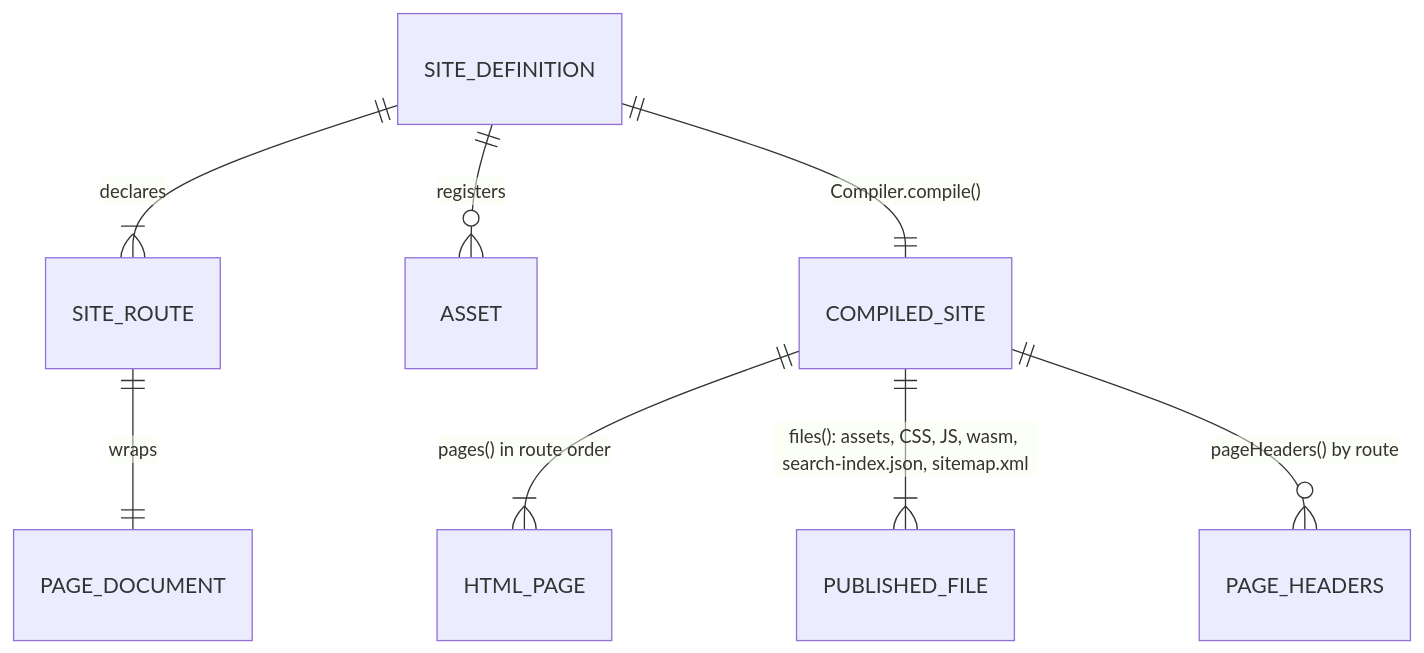
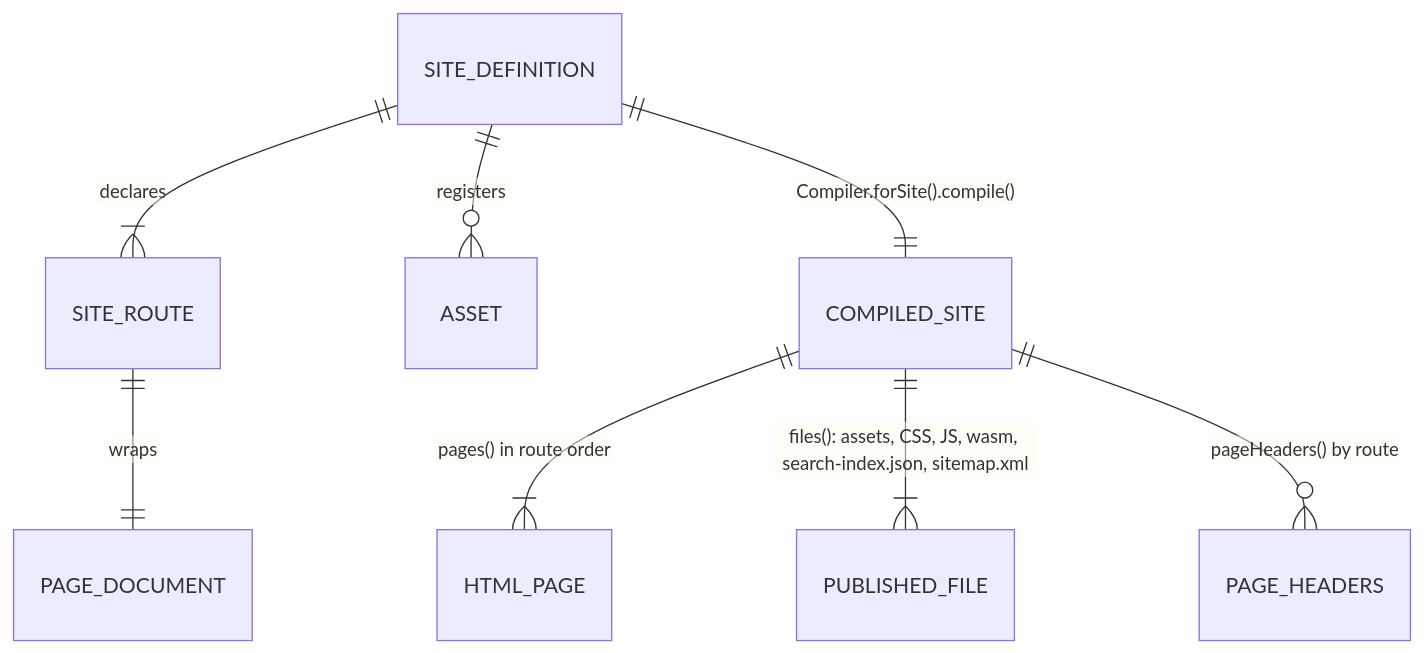
Before and after one commit to thiagogcm/tessera: the diagram in docs/sites.md, drawn with Mermaid. The commit also changed other lines of this file and 94 other files, not shown here.

````diff
--- a/docs/sites.md
+++ b/docs/sites.md
@@ -64,12 +61,12 @@
 ```mermaid
 erDiagram
     accTitle: Site inputs and compiled artifacts
     accDescr: SiteDefinition combines routes and assets into CompiledSite, which produces HTML pages, shared CSS, generated files, and per-route response headers.
     SITE_DEFINITION ||--|{ SITE_ROUTE : declares
     SITE_DEFINITION ||--o{ ASSET : registers
     SITE_ROUTE ||--|| PAGE_DOCUMENT : wraps
-    SITE_DEFINITION ||--|| COMPILED_SITE : "Compiler.compile()"
+    SITE_DEFINITION ||--|| COMPILED_SITE : "Compiler.forSite().compile()"
     COMPILED_SITE ||--|{ HTML_PAGE : "pages() in route order"
     COMPILED_SITE ||--|{ PUBLISHED_FILE : "files(): assets, CSS, JS, wasm, search-index.json, sitemap.xml"
     COMPILED_SITE ||--o{ PAGE_HEADERS : "pageHeaders() by route"
 ```
````
